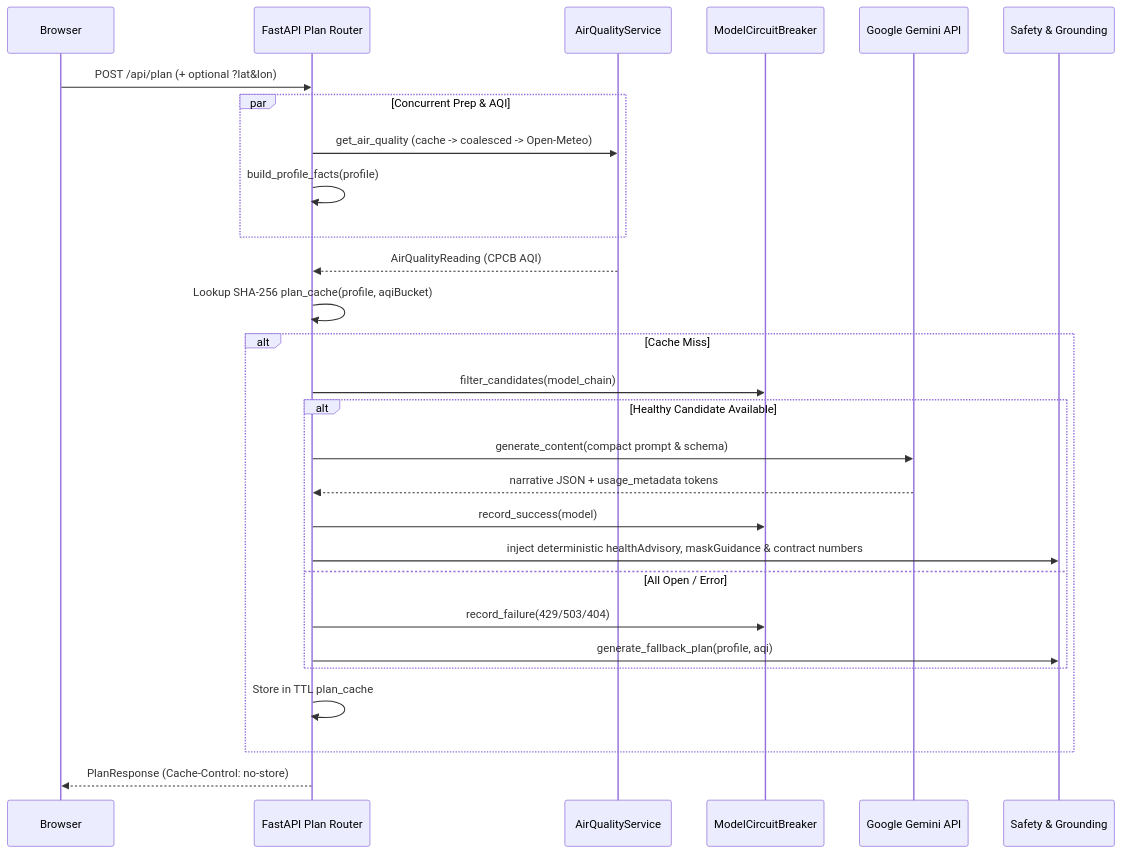
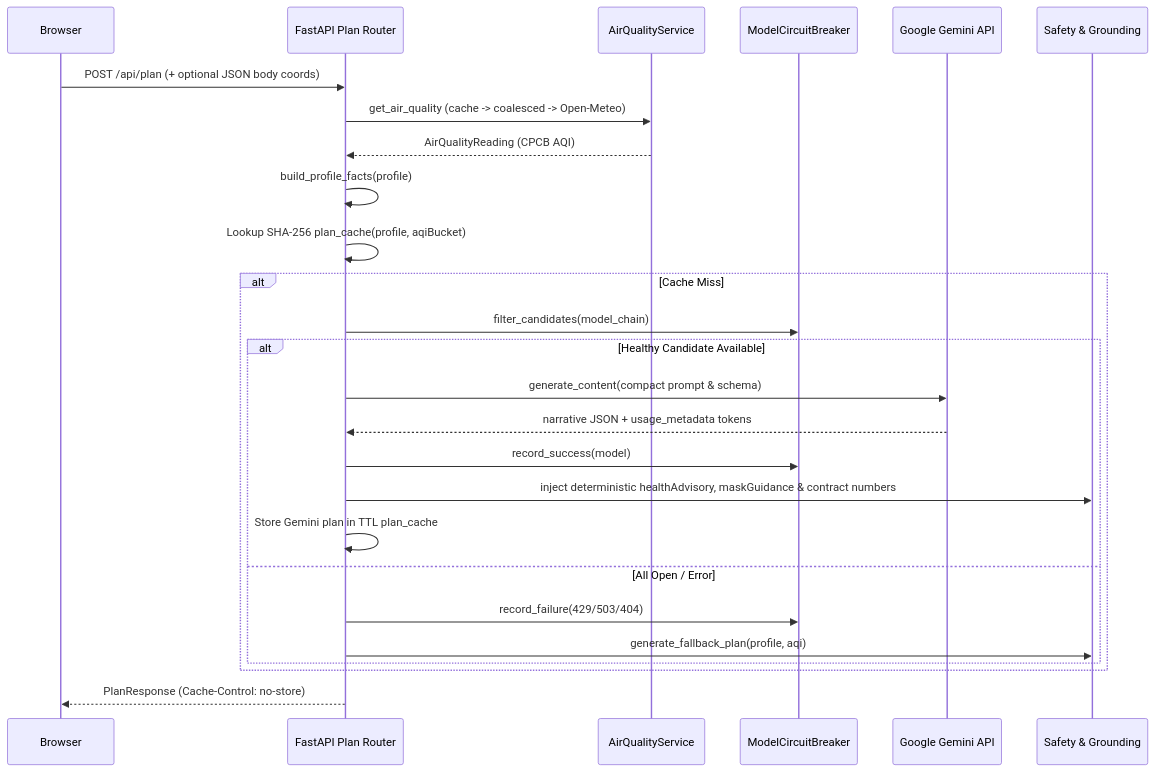
The second of 2 diagrams in docs/ARCHITECTURE.md (Shreyash463/saans-urban-air-quality-assistant), drawn with Mermaid before and after one commit. The commit also changed other lines of this file and 5 other files, not shown here.

````diff
--- a/docs/ARCHITECTURE.md
+++ b/docs/ARCHITECTURE.md
@@ -26,31 +26,29 @@
 ```mermaid
 sequenceDiagram
     participant U as Browser
     participant API as FastAPI Plan Router
     participant AQ as AirQualityService
     participant CB as ModelCircuitBreaker
     participant G as Google Gemini API
     participant S as Safety & Grounding
 
-    U->>API: POST /api/plan (+ optional ?lat&lon)
-    par Concurrent Prep & AQI
-        API->>AQ: get_air_quality (cache -> coalesced -> Open-Meteo)
-        API->>API: build_profile_facts(profile)
-    end
+    U->>API: POST /api/plan (+ optional JSON body coords)
+    API->>AQ: get_air_quality (cache -> coalesced -> Open-Meteo)
     AQ-->>API: AirQualityReading (CPCB AQI)
+    API->>API: build_profile_facts(profile)
     API->>API: Lookup SHA-256 plan_cache(profile, aqiBucket)
     alt Cache Miss
         API->>CB: filter_candidates(model_chain)
         alt Healthy Candidate Available
             API->>G: generate_content(compact prompt & schema)
             G-->>API: narrative JSON + usage_metadata tokens
             API->>CB: record_success(model)
             API->>S: inject deterministic healthAdvisory, maskGuidance & contract numbers
+            API->>API: Store Gemini plan in TTL plan_cache
         else All Open / Error
             API->>CB: record_failure(429/503/404)
             API->>S: generate_fallback_plan(profile, aqi)
         end
-        API->>API: Store in TTL plan_cache
     end
     API-->>U: PlanResponse (Cache-Control: no-store)
 ```
````
